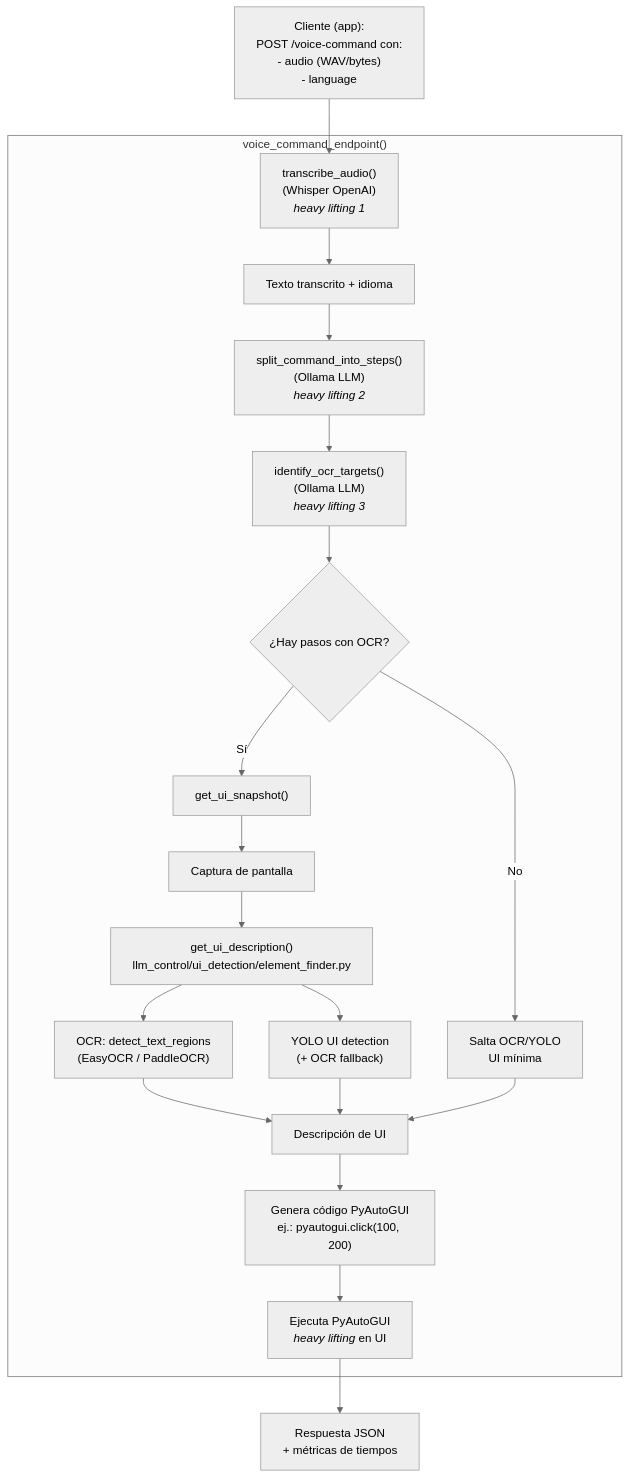
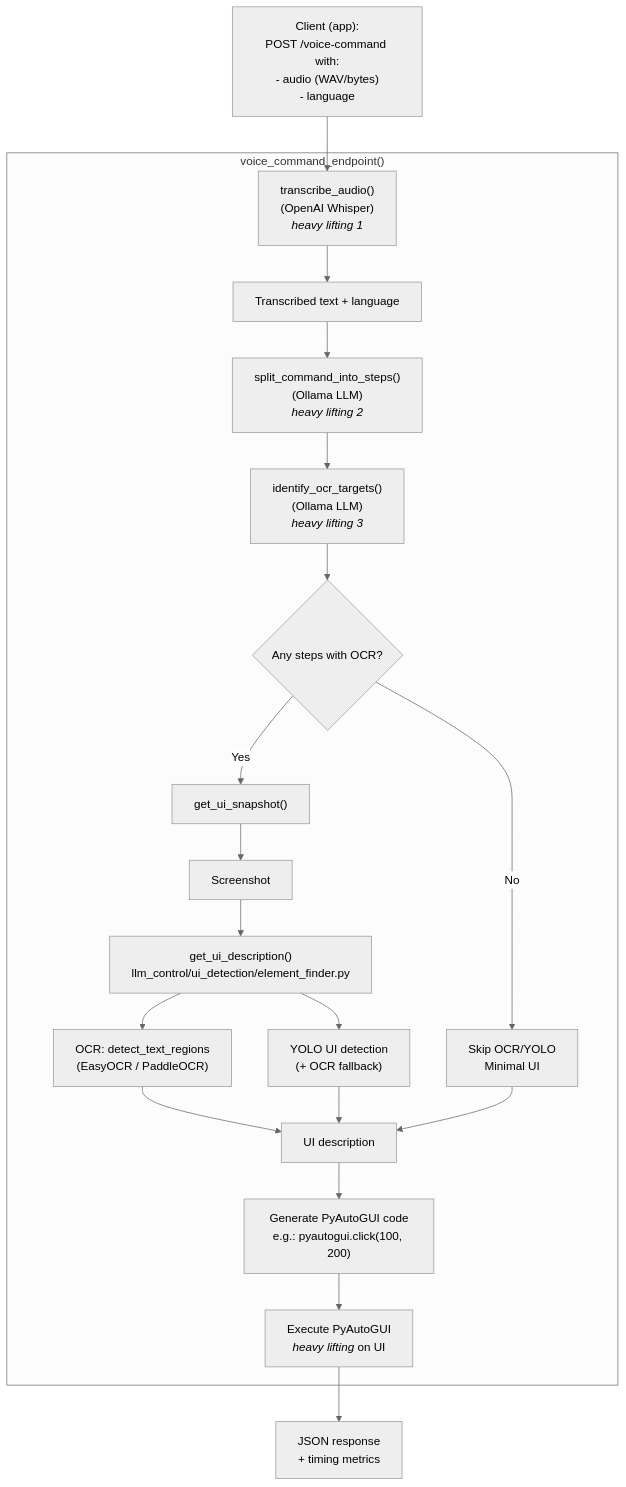
The diagram in README.md (pnmartinez/simple-computer-use), drawn with Mermaid (neutral theme) before and after one commit. The commit also changed other lines of this file, not shown here.

Commit message:
Translate voice-command flowchart to English

````diff
--- a/README.md
+++ b/README.md
@@ -109,34 +109,34 @@
 ```mermaid
 flowchart TD
-  A["Cliente (app):<br/>POST /voice-command con:<br/>- audio (WAV/bytes)<br/>- language"]
+  A["Client (app):<br/>POST /voice-command with:<br/>- audio (WAV/bytes)<br/>- language"]
     --> D
 
   subgraph B["voice_command_endpoint()"]
-    D["transcribe_audio()<br/>(Whisper OpenAI)<br/><i>heavy lifting 1</i>"]
-    D --> F["Texto transcrito + idioma"]
+    D["transcribe_audio()<br/>(OpenAI Whisper)<br/><i>heavy lifting 1</i>"]
+    D --> F["Transcribed text + language"]
 
     F --> G["split_command_into_steps()<br/>(Ollama LLM)<br/><i>heavy lifting 2</i>"]
 
     G --> I["identify_ocr_targets()<br/>(Ollama LLM)<br/><i>heavy lifting 3</i>"]
 
-    I --> J{"¿Hay pasos con OCR?"}
+    I --> J{"Any steps with OCR?"}
 
-    J -->|"Sí"| K["get_ui_snapshot()"]
-    K --> L["Captura de pantalla"]
+    J -->|"Yes"| K["get_ui_snapshot()"]
+    K --> L["Screenshot"]
 
     L --> M["get_ui_description()<br/>llm_control/ui_detection/element_finder.py"]
     M --> N["OCR: detect_text_regions<br/>(EasyOCR / PaddleOCR)"]
     M --> O["YOLO UI detection<br/>(+ OCR fallback)"]
 
-    J -->|"No"| P["Salta OCR/YOLO<br/>UI mínima"]
+    J -->|"No"| P["Skip OCR/YOLO<br/>Minimal UI"]
 
-    N --> Q["Descripción de UI"]
+    N --> Q["UI description"]
     O --> Q
     P --> Q
 
-    Q --> R["Genera código PyAutoGUI<br/>ej.: pyautogui.click(100, 200)"]
-    R --> T["Ejecuta PyAutoGUI<br/><i>heavy lifting</i> en UI"]
+    Q --> R["Generate PyAutoGUI code<br/>e.g.: pyautogui.click(100, 200)"]
+    R --> T["Execute PyAutoGUI<br/><i>heavy lifting</i> on UI"]
 
   end
-      T --> U["Respuesta JSON<br/>+ métricas de tiempos"]
+      T --> U["JSON response<br/>+ timing metrics"]
 ```
````
